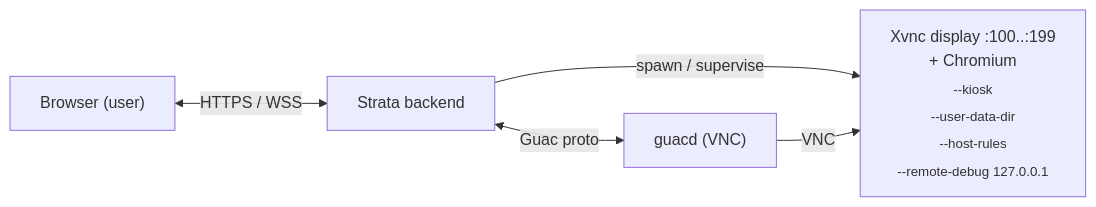
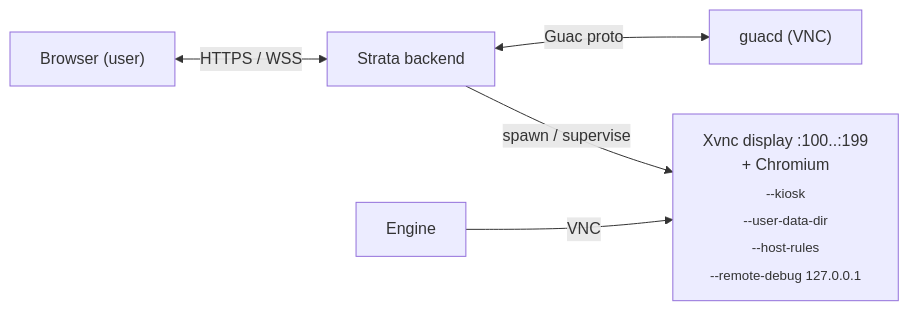
One commit to Bails309/strata-client changed the diagram in docs/web-sessions.md. Above: the diagram before and after it, drawn with Mermaid. The commit also changed other lines of this file and 8 other files, not shown here.

````diff
--- a/docs/web-sessions.md
+++ b/docs/web-sessions.md
@@ -52,11 +52,11 @@
 ```mermaid
 flowchart LR
     Browser["Browser (user)"]
     Browser <-->|"HTTPS / WSS"| Backend
     Backend["Strata backend"]
     Backend <-->|"Guac proto"| Guacd
     Guacd["guacd (VNC)"]
     Backend -->|"spawn / supervise"| Display
     Display["Xvnc display :100..:199<br/>+ Chromium<br/><sub>--kiosk<br/>--user-data-dir<br/>--host-rules<br/>--remote-debug 127.0.0.1</sub>"]
-    Guacd -->|"VNC"| Display
+    Engine -->|"VNC"| Display
 ```
````
